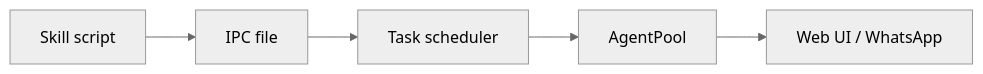
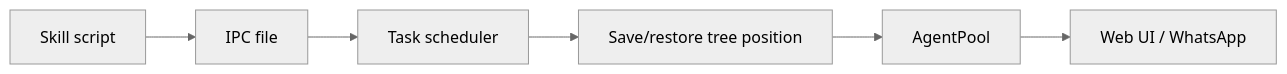
The diagram in docs/tools-and-skills.md (aliceisjustplaying/piclaw), drawn with Mermaid (neutral theme) before and after one commit. The commit also changed other lines of this file and 10 other files, not shown here.

````diff
--- a/docs/tools-and-skills.md
+++ b/docs/tools-and-skills.md
@@ -66,7 +70,8 @@
 ```mermaid
 flowchart LR
   Skill[Skill script] --> IPC[IPC file]
   IPC --> Scheduler[Task scheduler]
-  Scheduler --> Pool[AgentPool]
+  Scheduler --> Tree[Save/restore tree position]
+  Tree --> Pool[AgentPool]
   Pool --> Channel[Web UI / WhatsApp]
 ```
````
